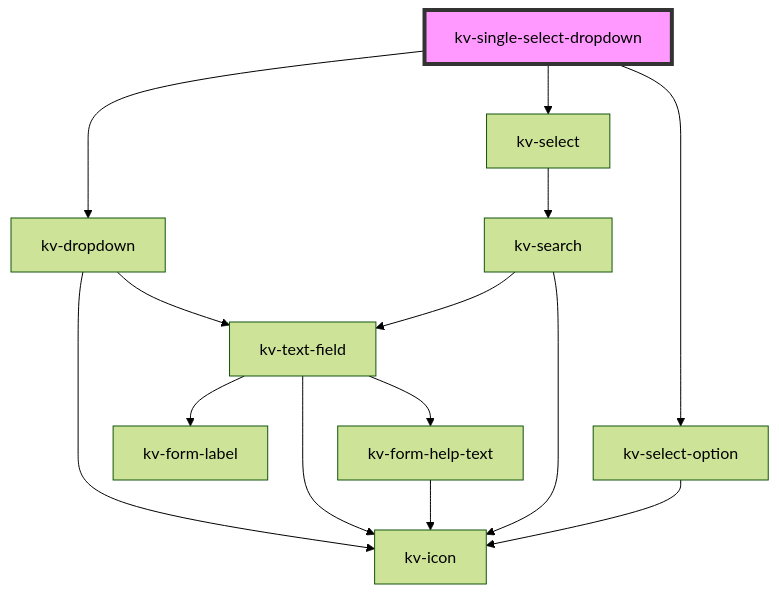
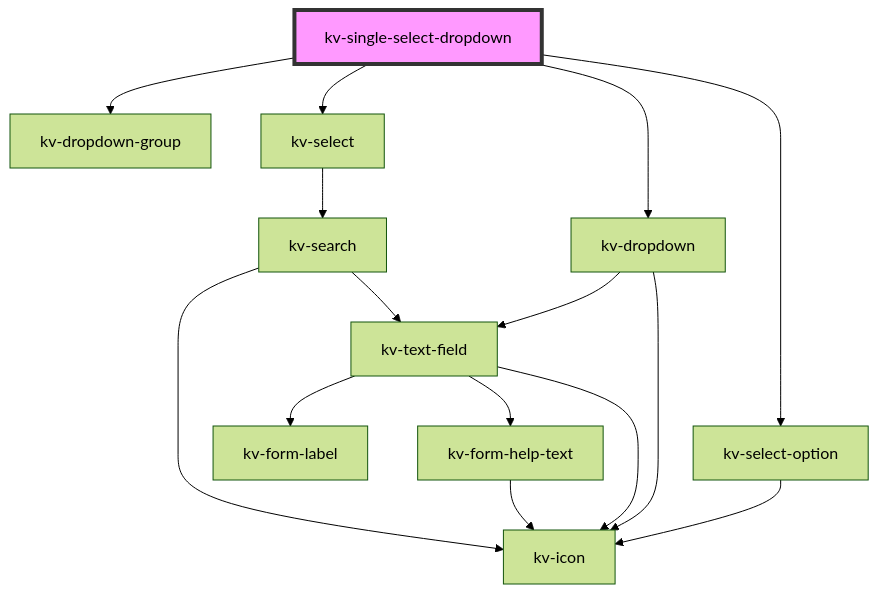
Before and after one commit to kelvininc/ui-components: the diagram in packages/ui-components/src/components/single-select-dropdown/readme.md, drawn with Mermaid (forest theme). The commit also changed other lines of this file and 22 other files, not shown here.

First line of the commit message:
feat(dropdown-group)!: add options groups to dropdown single and multi select

````diff
--- a/packages/ui-components/src/components/single-select-dropdown/readme.md
+++ b/packages/ui-components/src/components/single-select-dropdown/readme.md
@@ -88,17 +89,18 @@
 ```mermaid
 graph TD;
+  kv-single-select-dropdown --> kv-dropdown-group
+  kv-single-select-dropdown --> kv-select-option
   kv-single-select-dropdown --> kv-dropdown
   kv-single-select-dropdown --> kv-select
-  kv-single-select-dropdown --> kv-select-option
+  kv-select-option --> kv-icon
   kv-dropdown --> kv-text-field
   kv-dropdown --> kv-icon
   kv-text-field --> kv-form-label
   kv-text-field --> kv-icon
   kv-text-field --> kv-form-help-text
   kv-form-help-text --> kv-icon
   kv-select --> kv-search
   kv-search --> kv-text-field
   kv-search --> kv-icon
-  kv-select-option --> kv-icon
   style kv-single-select-dropdown fill:#f9f,stroke:#333,stroke-width:4px
 ```
````
